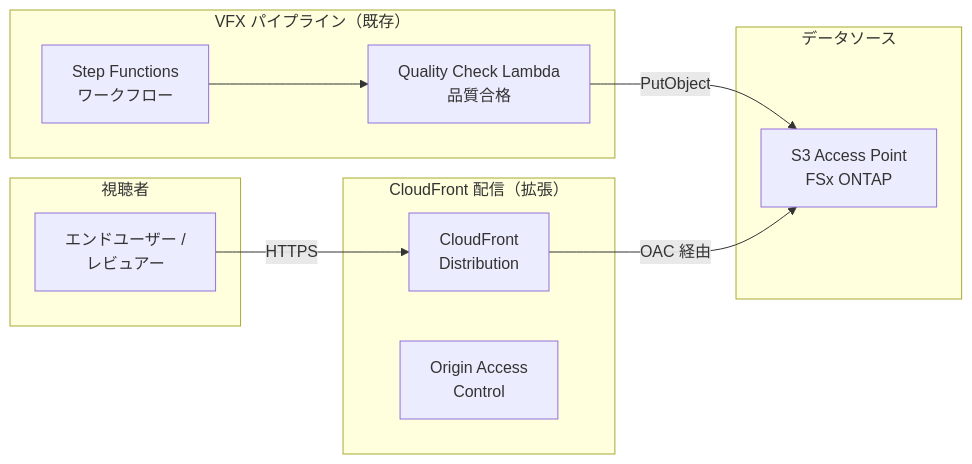
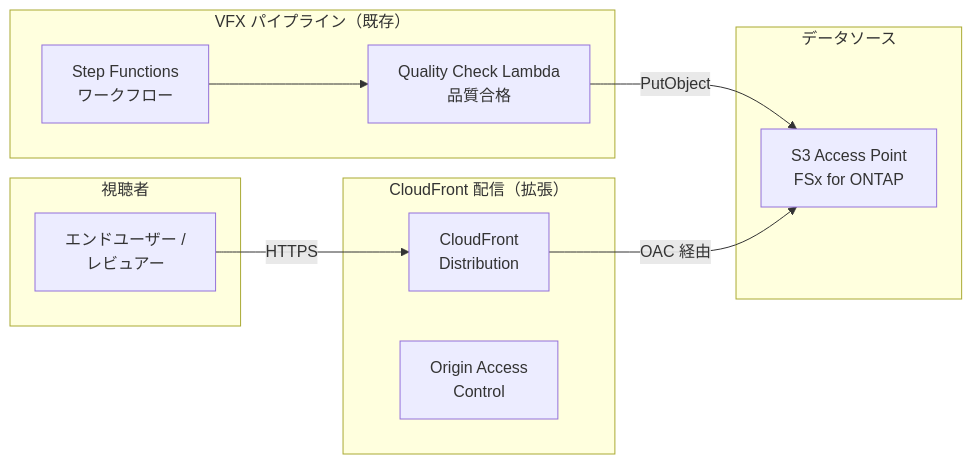
One commit to Yoshiki0705/FSx-for-ONTAP-S3AccessPoints-Serverless-Patterns changed the diagram in media-vfx/cloudfront/README.md. Above: the diagram before and after it, drawn with Mermaid. The commit also changed other lines of this file and 752 other files, not shown here.

````diff
--- a/media-vfx/cloudfront/README.md
+++ b/media-vfx/cloudfront/README.md
@@ -11,25 +11,25 @@
 ```mermaid
 graph LR
     subgraph "VFX パイプライン（既存）"
         SFN[Step Functions<br/>ワークフロー]
         QC[Quality Check Lambda<br/>品質合格]
     end
 
     subgraph "CloudFront 配信（拡張）"
         CF[CloudFront<br/>Distribution]
         OAC[Origin Access<br/>Control]
     end
 
     subgraph "データソース"
-        S3AP[S3 Access Point<br/>FSx ONTAP]
+        S3AP[S3 Access Point<br/>FSx for ONTAP]
     end
 
     subgraph "視聴者"
         V[エンドユーザー /<br/>レビュアー]
     end
 
     SFN --> QC
     QC -->|PutObject| S3AP
     CF -->|OAC 経由| S3AP
     V -->|HTTPS| CF
 ```
````
